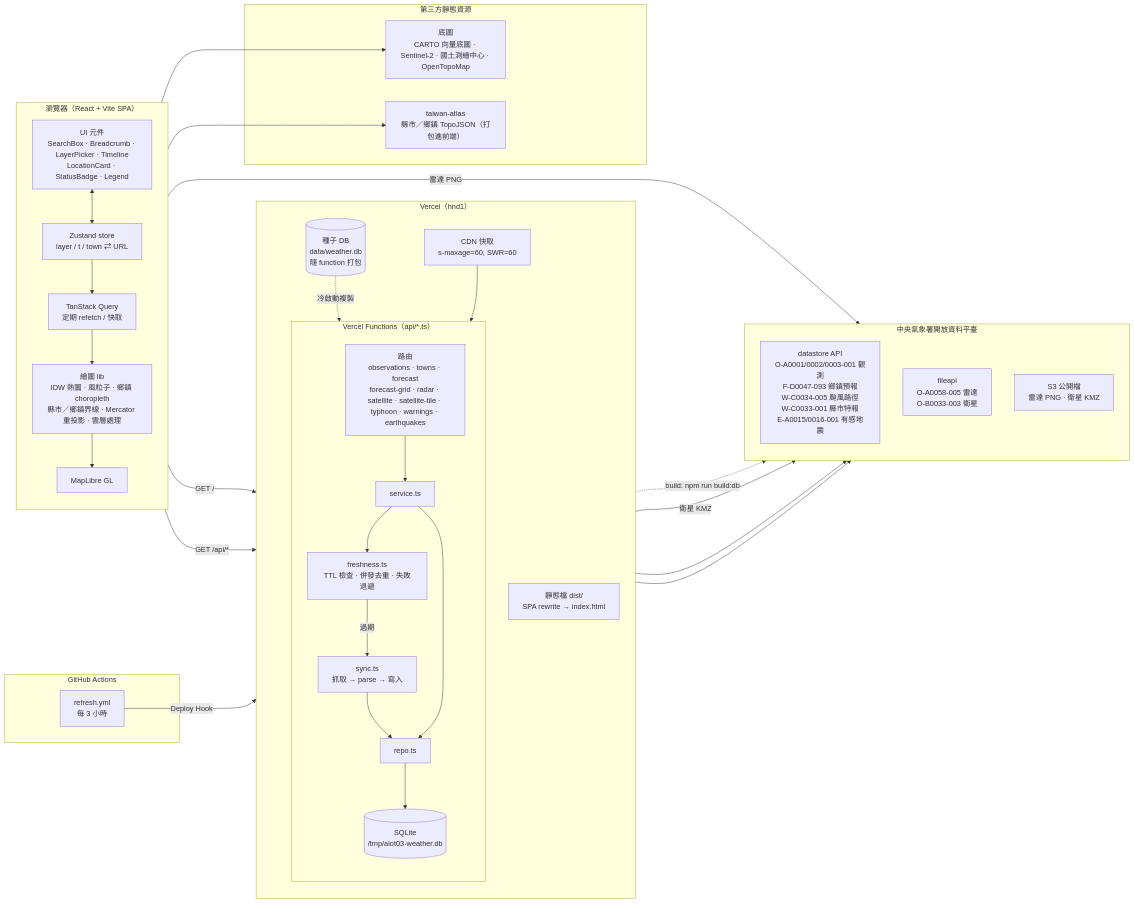
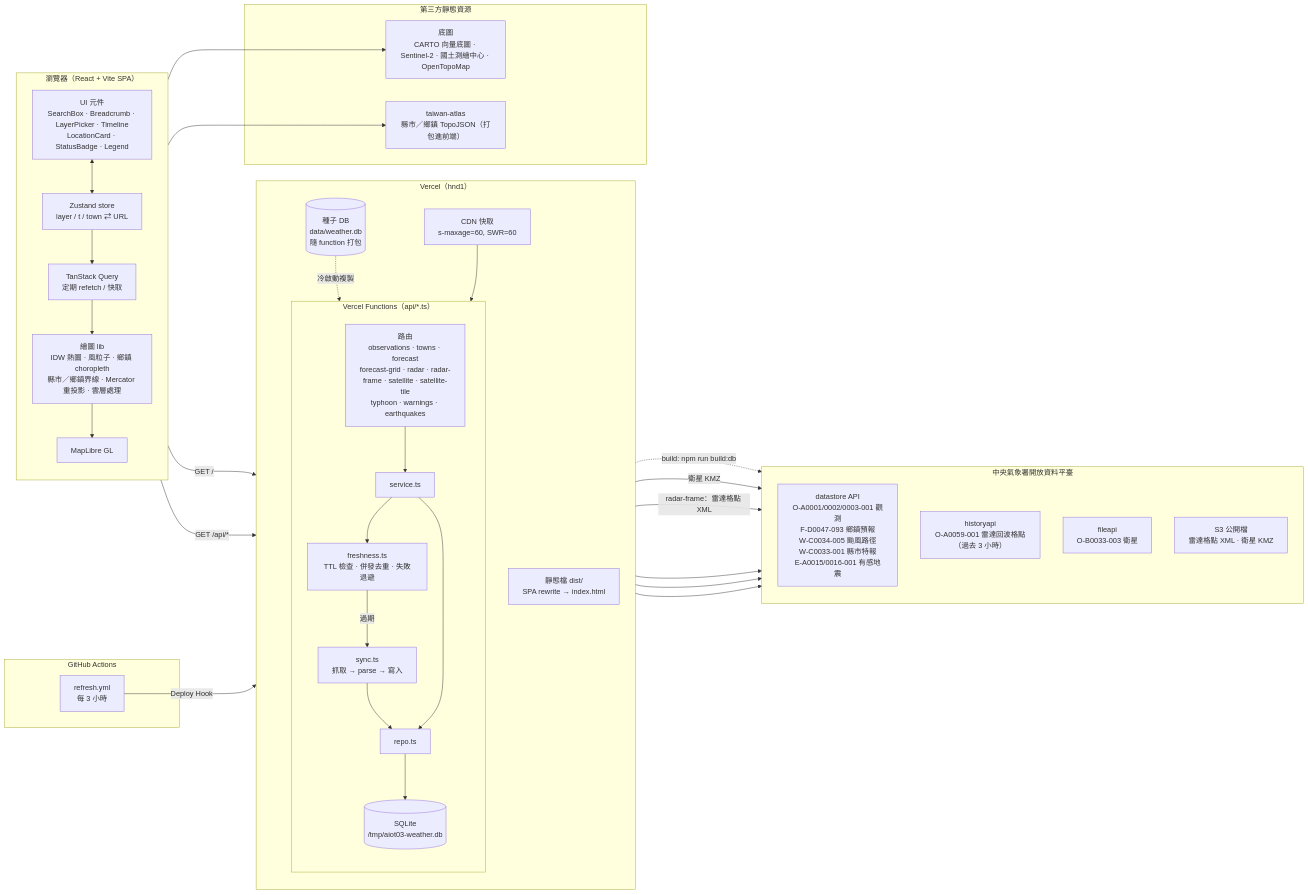
The first of 3 diagrams in README.md (anjyuelee/aiot03), drawn with Mermaid before and after one commit. The commit also changed other lines of this file and 1 other file, not shown here.

First line of the commit message:
docs: add radar replay to readme

````diff
--- a/README.md
+++ b/README.md
@@ -54,62 +55,64 @@
 ```mermaid
 flowchart LR
   subgraph Browser["瀏覽器（React + Vite SPA）"]
     direction TB
     UI["UI 元件<br/>SearchBox · Breadcrumb · LayerPicker · Timeline<br/>LocationCard · StatusBadge · Legend"]
     Store["Zustand store<br/>layer / t / town ⇄ URL"]
     Query["TanStack Query<br/>定期 refetch / 快取"]
     Render["繪圖 lib<br/>IDW 熱圖 · 風粒子 · 鄉鎮 choropleth<br/>縣市／鄉鎮界線 · Mercator 重投影 · 雲層處理"]
     Map["MapLibre GL"]
     UI <--> Store
     Store --> Query
     Query --> Render --> Map
   end
 
   subgraph Vercel["Vercel（hnd1）"]
     direction TB
     Static["靜態檔 dist/<br/>SPA rewrite → index.html"]
     CDN["CDN 快取<br/>s-maxage=60, SWR=60"]
     subgraph Fn["Vercel Functions（api/*.ts）"]
       direction TB
-      API["路由<br/>observations · towns · forecast<br/>forecast-grid · radar · satellite · satellite-tile · typhoon · warnings · earthquakes"]
+      API["路由<br/>observations · towns · forecast<br/>forecast-grid · radar · radar-frame · satellite · satellite-tile<br/>typhoon · warnings · earthquakes"]
       Service["service.ts"]
       Fresh["freshness.ts<br/>TTL 檢查 · 併發去重 · 失敗退避"]
       Sync["sync.ts<br/>抓取 → parse → 寫入"]
       Repo["repo.ts"]
       TmpDB[("SQLite<br/>/tmp/aiot03-weather.db")]
       API --> Service --> Fresh
       Fresh -- 過期 --> Sync --> Repo
       Service --> Repo --> TmpDB
     end
     Seed[("種子 DB<br/>data/weather.db<br/>隨 function 打包")]
     Seed -. 冷啟動複製 .-> TmpDB
     CDN --> API
   end
 
   subgraph CWA["中央氣象署開放資料平臺"]
     direction TB
     DS["datastore API<br/>O-A0001/0002/0003-001 觀測<br/>F-D0047-093 鄉鎮預報<br/>W-C0034-005 颱風路徑<br/>W-C0033-001 縣市特報<br/>E-A0015/0016-001 有感地震"]
-    FA["fileapi<br/>O-A0058-005 雷達<br/>O-B0033-003 衛星"]
-    S3["S3 公開檔<br/>雷達 PNG · 衛星 KMZ"]
+    HA["historyapi<br/>O-A0059-001 雷達回波格點（過去 3 小時）"]
+    FA["fileapi<br/>O-B0033-003 衛星"]
+    S3["S3 公開檔<br/>雷達格點 XML · 衛星 KMZ"]
   end
 
   subgraph Ext["第三方靜態資源"]
     Carto["底圖<br/>CARTO 向量底圖 · Sentinel-2 · 國土測繪中心 · OpenTopoMap"]
     Atlas["taiwan-atlas<br/>縣市／鄉鎮 TopoJSON（打包進前端）"]
   end
 
   subgraph CI["GitHub Actions"]
     Cron["refresh.yml<br/>每 3 小時"]
   end
 
   Browser -- "GET /" --> Static
   Query -- "GET /api/*" --> CDN
   Map --> Carto
   Render --> Atlas
-  Render -- "雷達 PNG" --> S3
   Sync --> DS
   Sync --> FA
+  Sync --> HA
+  API -- "radar-frame：雷達格點 XML" --> S3
   Sync -- "衛星 KMZ" --> S3
   Cron -- "Deploy Hook" --> Vercel
   Vercel -. "build: npm run build:db" .-> CWA
 ```
````
